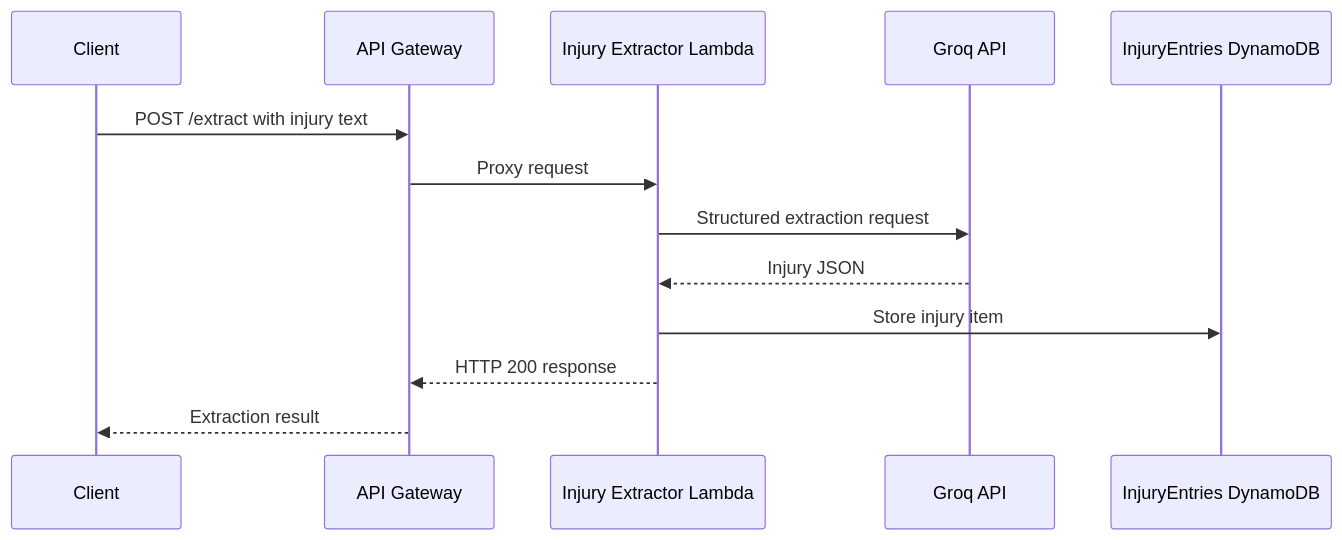
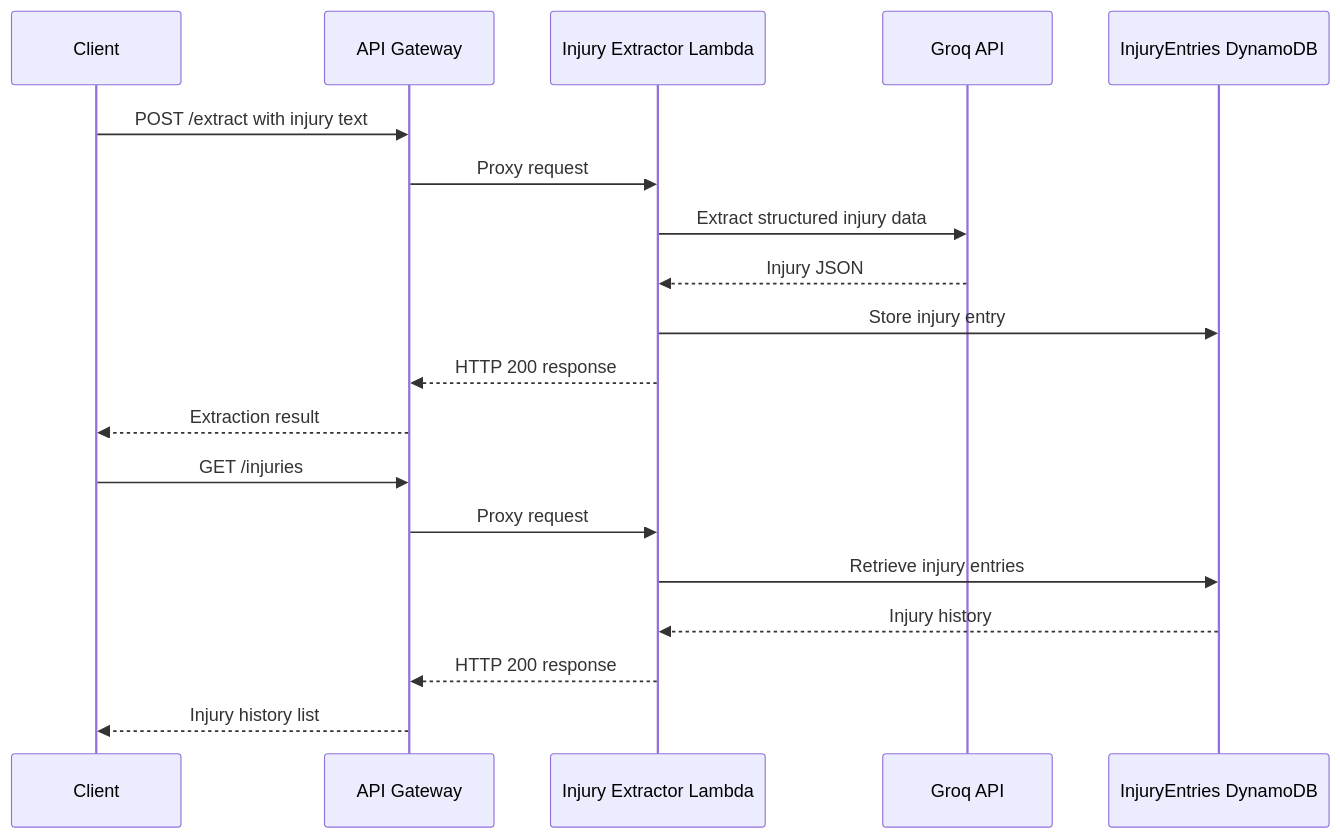
Before and after one commit to sabrahermassi/ai-injury-extractor: the diagram in README.md, drawn with Mermaid. The commit also changed other lines of this file and 5 other files, not shown here.

Commit message:
Update architecture and database documentation

````diff
--- a/README.md
+++ b/README.md
@@ -26,16 +40,23 @@
 ```mermaid
 sequenceDiagram
   participant Client
   participant API Gateway
   participant Injury Extractor Lambda
   participant Groq API
   participant InjuryEntries DynamoDB
 
   Client->>API Gateway: POST /extract with injury text
   API Gateway->>Injury Extractor Lambda: Proxy request
-  Injury Extractor Lambda->>Groq API: Structured extraction request
+  Injury Extractor Lambda->>Groq API: Extract structured injury data
   Groq API-->>Injury Extractor Lambda: Injury JSON
-  Injury Extractor Lambda->>InjuryEntries DynamoDB: Store injury item
+  Injury Extractor Lambda->>InjuryEntries DynamoDB: Store injury entry
   Injury Extractor Lambda-->>API Gateway: HTTP 200 response
   API Gateway-->>Client: Extraction result
+
+  Client->>API Gateway: GET /injuries
+  API Gateway->>Injury Extractor Lambda: Proxy request
+  Injury Extractor Lambda->>InjuryEntries DynamoDB: Retrieve injury entries
+  InjuryEntries DynamoDB-->>Injury Extractor Lambda: Injury history
+  Injury Extractor Lambda-->>API Gateway: HTTP 200 response
+  API Gateway-->>Client: Injury history list
 ```
````
